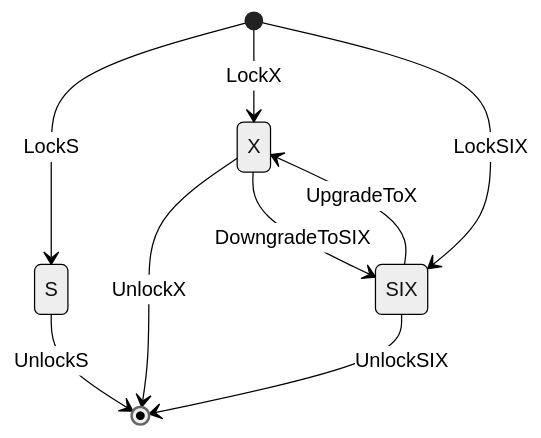
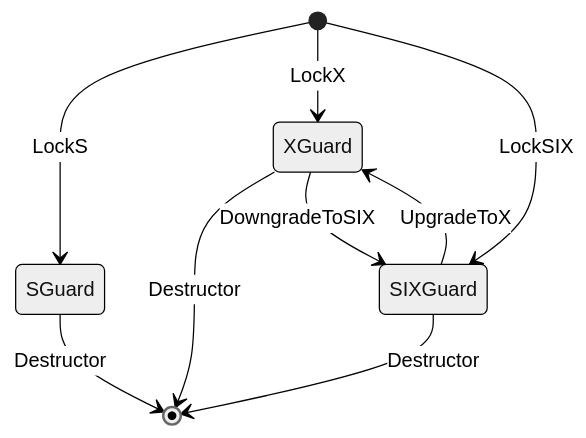
The first of 3 diagrams in design_doc/lock.md (dbgroup-nagoya-u/cpp-utility), drawn with Mermaid (neutral theme) before and after one commit. The commit also changed other lines of this file and 1 other file, not shown here.

````diff
--- a/design_doc/lock.md
+++ b/design_doc/lock.md
@@ -21,11 +23,11 @@
 ```mermaid
 stateDiagram-v2
-    [*] --> S : LockS
-    [*] --> X : LockX
-    [*] --> SIX : LockSIX
-    S --> [*] : UnlockS
-    X --> [*] : UnlockX
-    X --> SIX : DowngradeToSIX
-    SIX --> [*] : UnlockSIX
-    SIX --> X : UpgradeToX
+    [*] --> SGuard : LockS
+    [*] --> XGuard : LockX
+    [*] --> SIXGuard : LockSIX
+    SGuard --> [*] : Destructor
+    XGuard --> [*] : Destructor
+    XGuard --> SIXGuard : DowngradeToSIX
+    SIXGuard --> [*] : Destructor
+    SIXGuard --> XGuard : UpgradeToX
 ```
````
